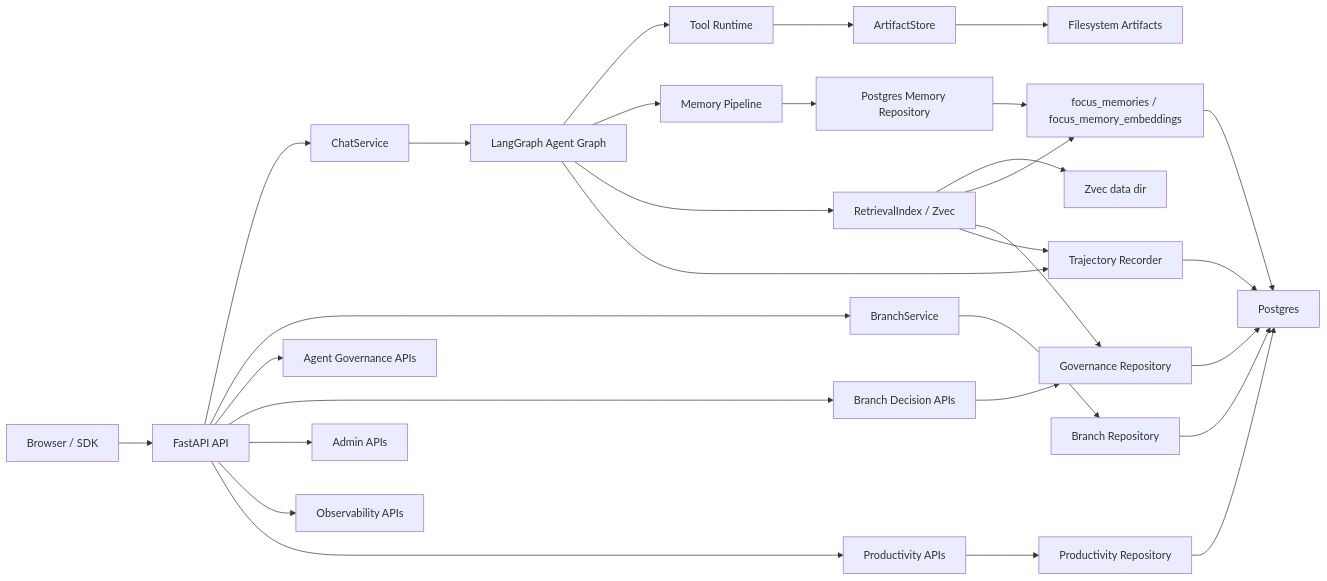
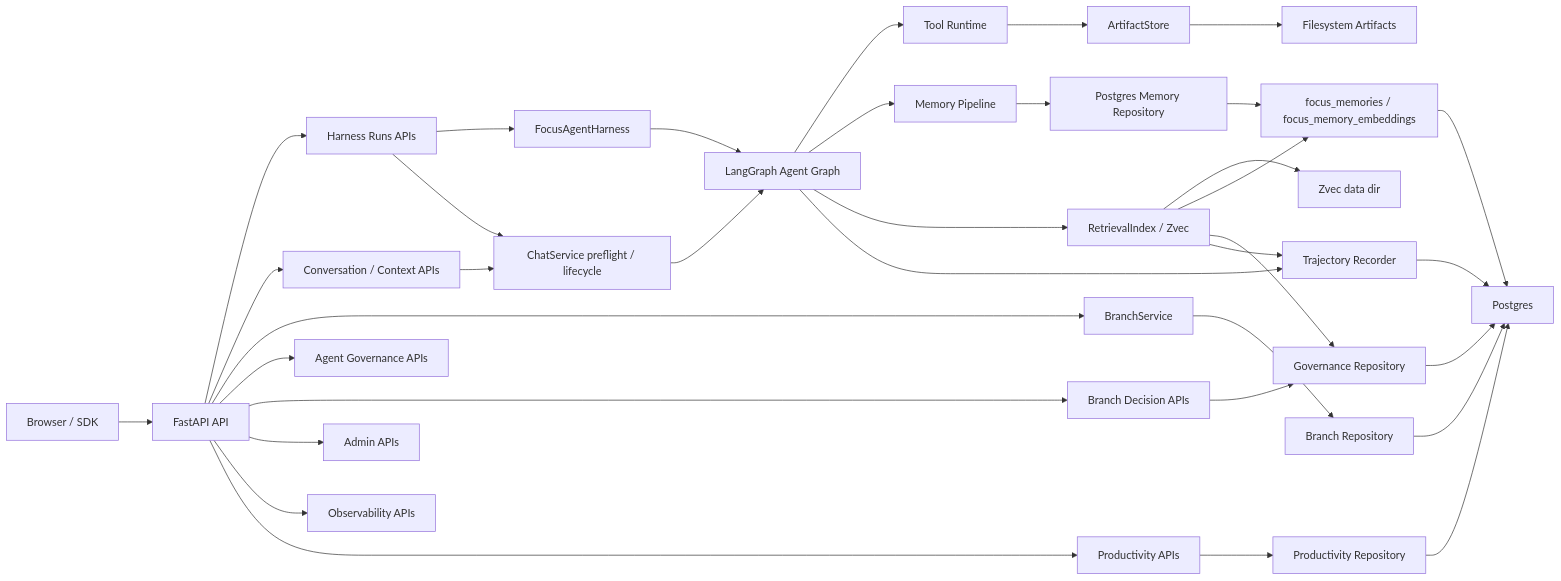
Before and after one commit to William-zgx/focus-agent: the first of 10 diagrams in docs/architecture.md, drawn with Mermaid. The commit also changed other lines of this file and 28 other files, not shown here.

````diff
--- a/docs/architecture.md
+++ b/docs/architecture.md
@@ -55,32 +55,37 @@
 ```mermaid
 flowchart LR
     User["Browser / SDK"] --> API["FastAPI API"]
-    API --> Chat["ChatService"]
+    API --> HarnessRoutes["Harness Runs APIs"]
+    API --> ChatRoutes["Conversation / Context APIs"]
     API --> Branch["BranchService"]
     API --> Governance["Agent Governance APIs"]
     API --> Decision["Branch Decision APIs"]
     API --> Admin["Admin APIs"]
     API --> Obs["Observability APIs"]
     API --> Productivity["Productivity APIs"]
+    HarnessRoutes --> Harness["FocusAgentHarness"]
+    HarnessRoutes --> Chat["ChatService preflight / lifecycle"]
+    ChatRoutes --> Chat
+    Harness --> Graph["LangGraph Agent Graph"]
     Chat --> Graph["LangGraph Agent Graph"]
     Graph --> Tools["Tool Runtime"]
     Graph --> Memory["Memory Pipeline"]
     Graph --> Retrieval["RetrievalIndex / Zvec"]
     Graph --> Trace["Trajectory Recorder"]
     Branch --> Repo["Branch Repository"]
     Decision --> GovRepo["Governance Repository"]
     Memory --> MemoryRepo["Postgres Memory Repository"]
     MemoryRepo --> MemoryTables["focus_memories / focus_memory_embeddings"]
     Retrieval --> Zvec["Zvec data dir"]
     Retrieval --> MemoryTables
     Retrieval --> GovRepo
     Retrieval --> Trace
     Trace --> PG["Postgres"]
     Repo --> PG
     Productivity --> ProductivityRepo["Productivity Repository"]
     ProductivityRepo --> PG
     GovRepo --> PG
     MemoryTables --> PG
     Tools --> ArtifactStore["ArtifactStore"]
     ArtifactStore --> Artifacts["Filesystem Artifacts"]
 ```
````
